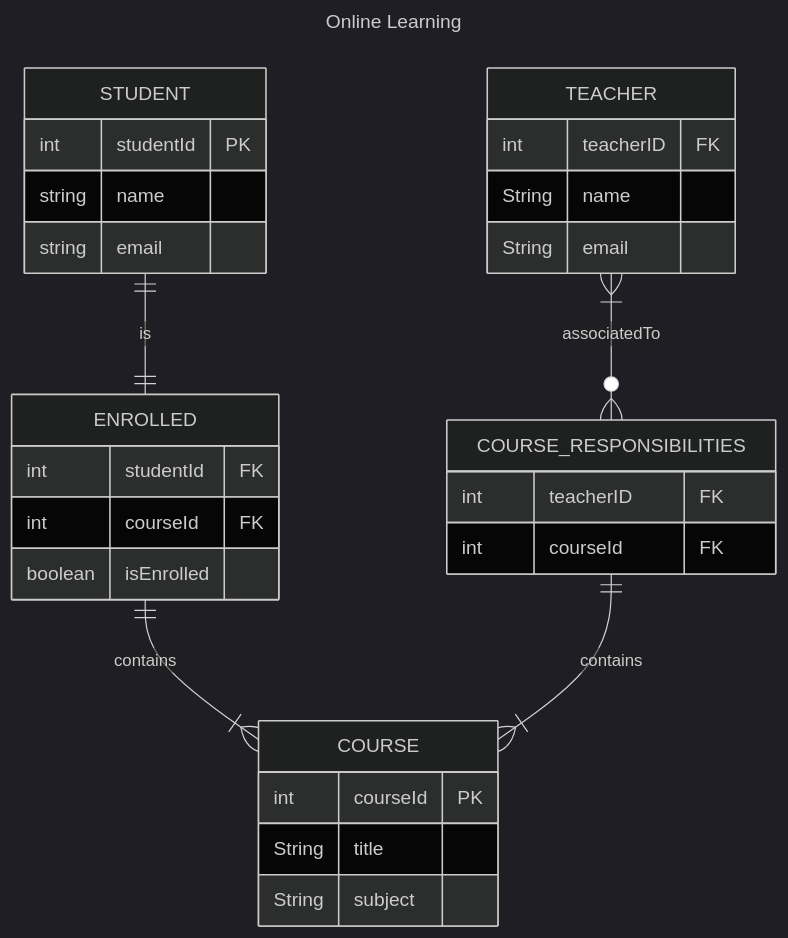
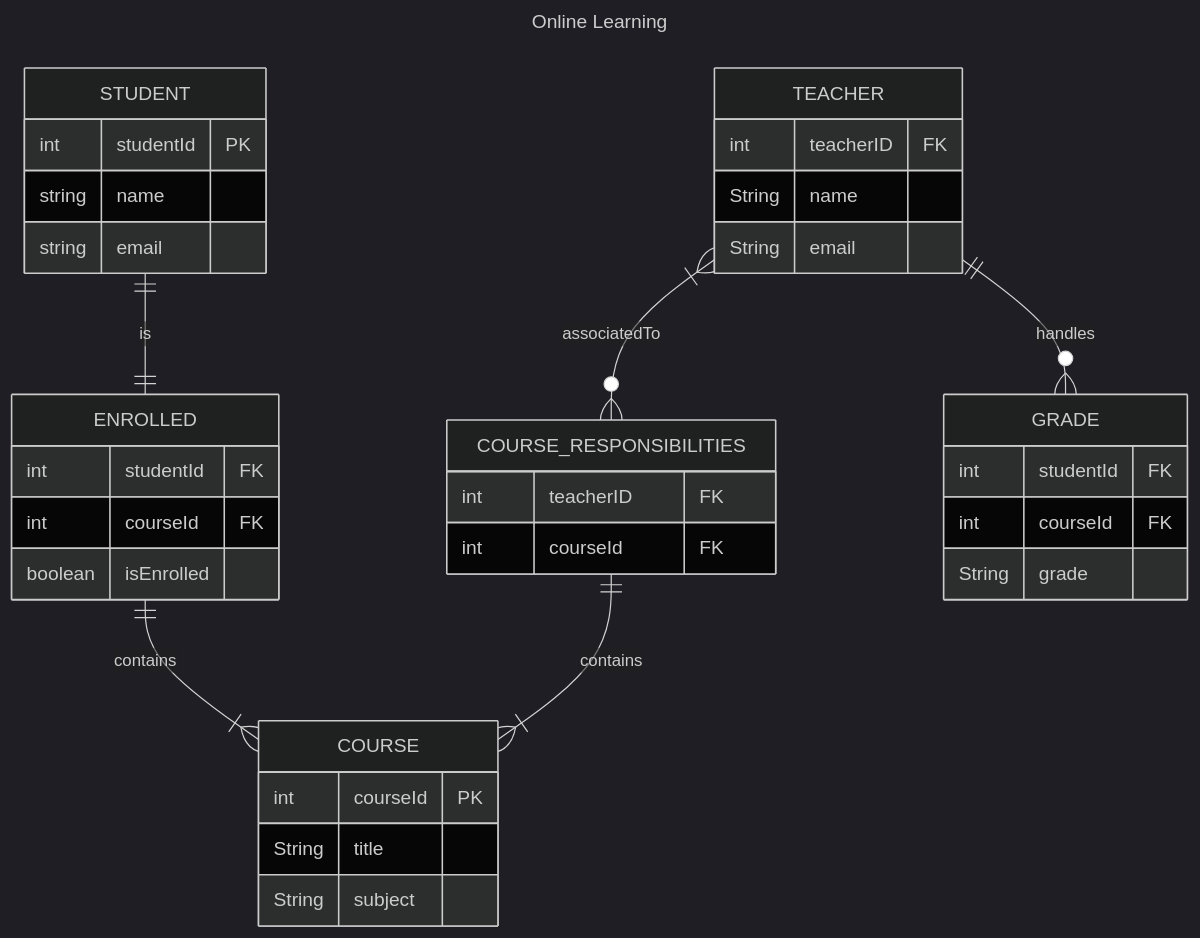
One commit to boolean-uk/java-data-modelling changed the sixth of 6 diagrams in ER-diagram.md. Above: the diagram before and after it, drawn with Mermaid (dark theme).

Commit message:
Add Extension part - Online Learning, add GRADE table

````diff
--- a/ER-diagram.md
+++ b/ER-diagram.md
@@ -194,34 +194,40 @@
 ```mermaid
 ---
     title: Online Learning
 ---
 erDiagram
     STUDENT ||--|| ENROLLED : is
     STUDENT {
         int studentId PK
         string name
         string email
     }
     ENROLLED {
         int studentId FK
         int courseId FK
         boolean isEnrolled
     }
     ENROLLED ||--|{ COURSE : contains
     COURSE {
         int courseId PK
         String title
         String subject
     }
     TEACHER }|--o{ COURSE_RESPONSIBILITIES : associatedTo
     COURSE_RESPONSIBILITIES ||--|{ COURSE : contains
     COURSE_RESPONSIBILITIES {
         int teacherID FK
         int courseId FK
     }
     TEACHER {
         int teacherID FK
         String name
         String email
     }
+    TEACHER ||--o{ GRADE : handles
+    GRADE {
+        int studentId FK
+        int courseId FK
+        String grade
+    }
 ```
````
